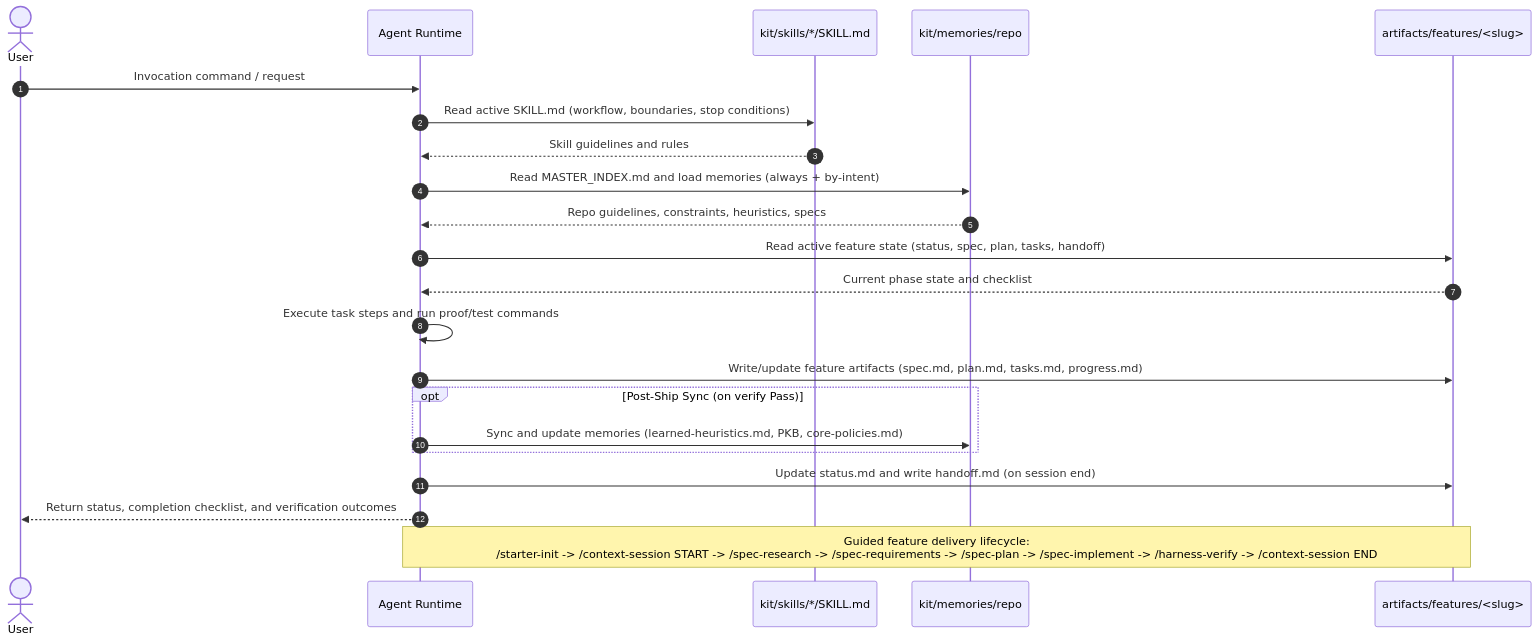
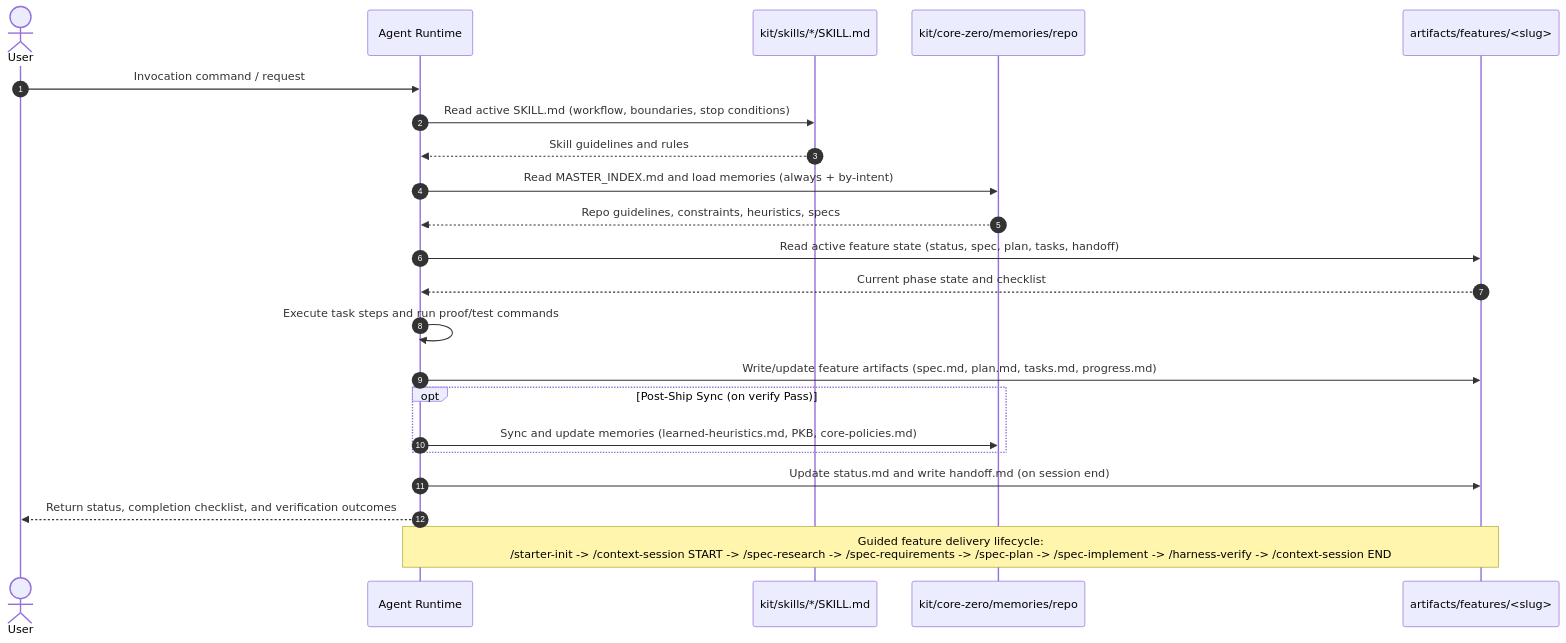
One commit to thaihai-swe/CoreZero-Nexus changed the diagram in documents/diagrams/skills-end-to-end-execution.mmd. Above: the diagram before and after it, drawn with Mermaid. The commit also changed 72 other files, not shown here.

First line of the commit message:
Refactor memory paths and documentation references to align with core-zero structure

```diff
--- a/documents/diagrams/skills-end-to-end-execution.mmd
+++ b/documents/diagrams/skills-end-to-end-execution.mmd
@@ -1,24 +1,24 @@
 sequenceDiagram
     autonumber
     actor U as User
     participant A as Agent Runtime
     participant S as kit/skills/*/SKILL.md
-    participant M as kit/memories/repo
+    participant M as kit/core-zero/memories/repo
     participant F as artifacts/features/<slug>
 
     U->>A: Invocation command / request
     A->>S: Read active SKILL.md (workflow, boundaries, stop conditions)
     S-->>A: Skill guidelines and rules
     A->>M: Read MASTER_INDEX.md and load memories (always + by-intent)
     M-->>A: Repo guidelines, constraints, heuristics, specs
     A->>F: Read active feature state (status, spec, plan, tasks, handoff)
     F-->>A: Current phase state and checklist
     A->>A: Execute task steps and run proof/test commands
     A->>F: Write/update feature artifacts (spec.md, plan.md, tasks.md, progress.md)
     opt Post-Ship Sync (on verify Pass)
         A->>M: Sync and update memories (learned-heuristics.md, PKB, core-policies.md)
     end
     A->>F: Update status.md and write handoff.md (on session end)
     A-->>U: Return status, completion checklist, and verification outcomes
 
     Note over A,F: Guided feature delivery lifecycle:<br/>/starter-init -> /context-session START -> /spec-research -> /spec-requirements -> /spec-plan -> /spec-implement -> /harness-verify -> /context-session END
```
